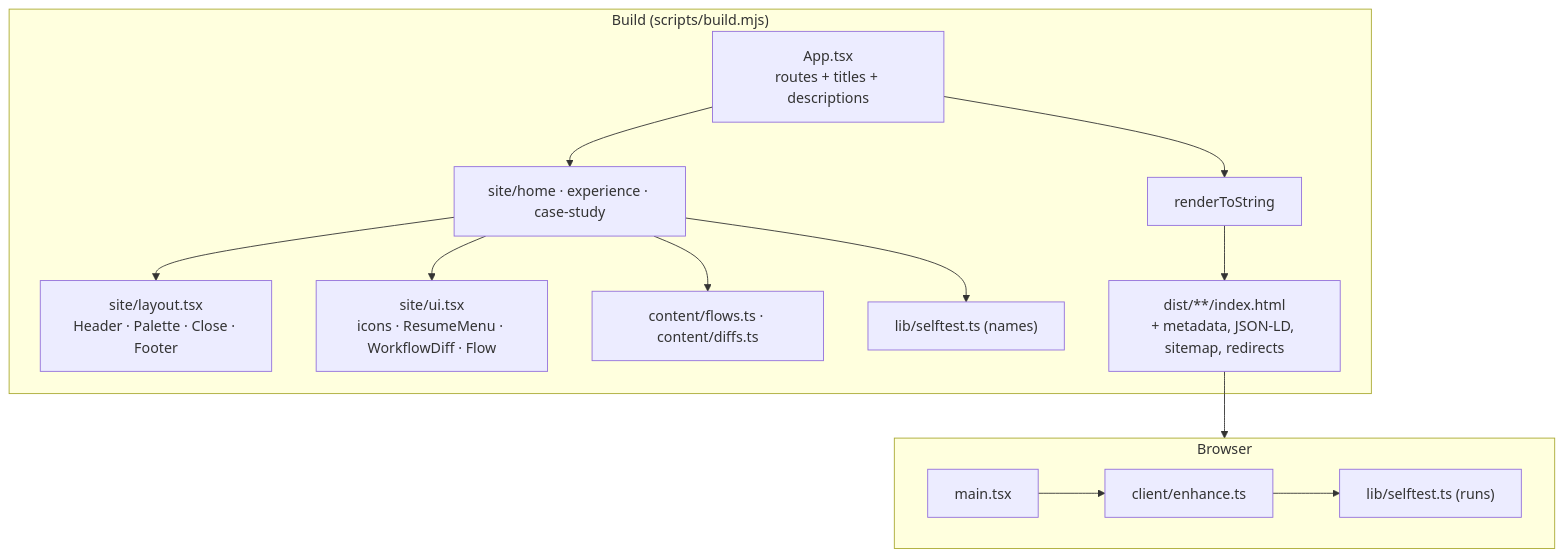
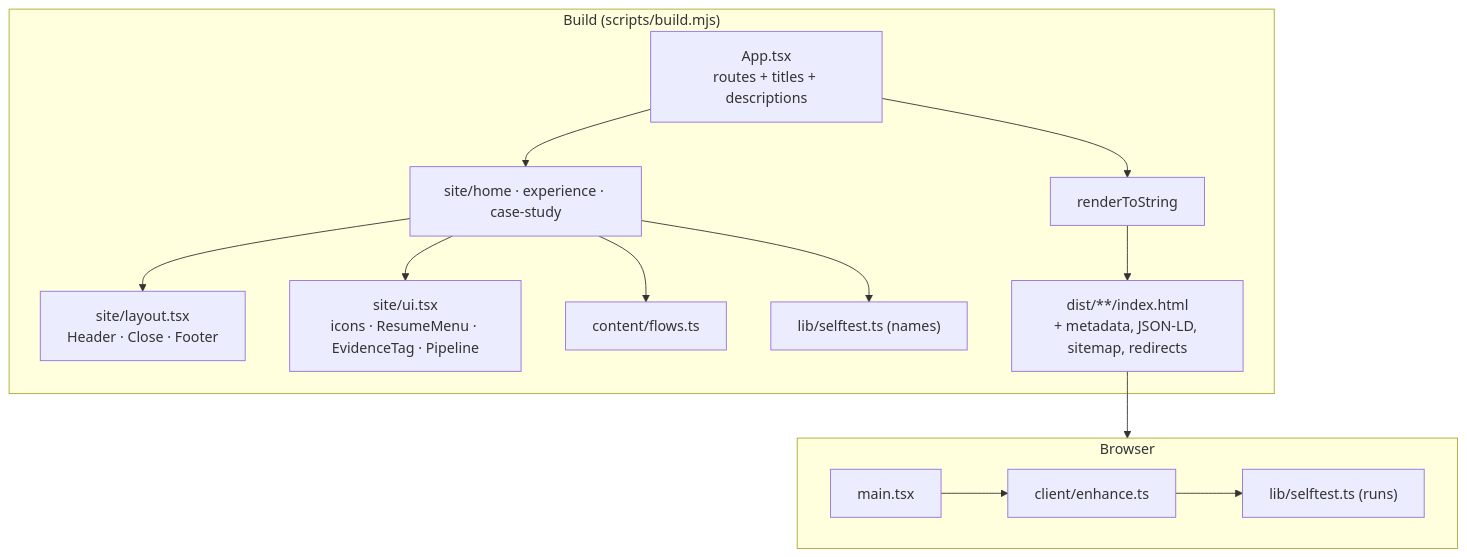
The diagram in docs/ARCHITECTURE.md (mohamedmoheyeldin/portfolio), drawn with Mermaid before and after one commit. The commit also changed other lines of this file and 26 other files, not shown here.

````diff
--- a/docs/ARCHITECTURE.md
+++ b/docs/ARCHITECTURE.md
@@ -15,16 +15,16 @@
 ```mermaid
 flowchart TB
   subgraph build["Build (scripts/build.mjs)"]
     App["App.tsx<br/>routes + titles + descriptions"] --> Pages["site/home · experience · case-study"]
-    Pages --> Layout["site/layout.tsx<br/>Header · Palette · Close · Footer"]
-    Pages --> UI["site/ui.tsx<br/>icons · ResumeMenu · WorkflowDiff · Flow"]
-    Pages --> Flows["content/flows.ts · content/diffs.ts"]
+    Pages --> Layout["site/layout.tsx<br/>Header · Close · Footer"]
+    Pages --> UI["site/ui.tsx<br/>icons · ResumeMenu · EvidenceTag · Pipeline"]
+    Pages --> Flows["content/flows.ts"]
     Pages --> Checks["lib/selftest.ts (names)"]
     App --> SSR["renderToString"] --> HTML["dist/**/index.html<br/>+ metadata, JSON-LD, sitemap, redirects"]
   end
   subgraph browser["Browser"]
     Main["main.tsx"] --> Enhance["client/enhance.ts"]
     Enhance --> Run["lib/selftest.ts (runs)"]
   end
   HTML --> browser
 ```
````
